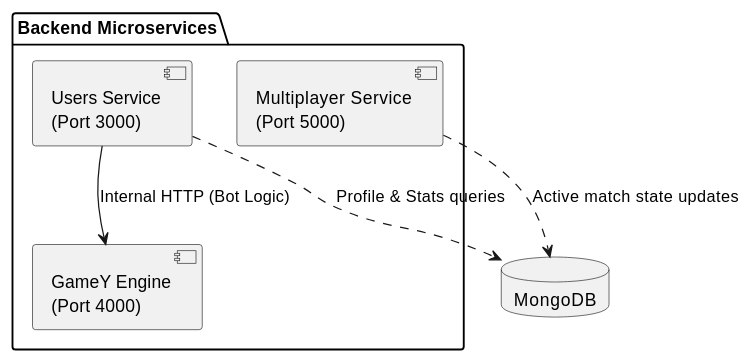
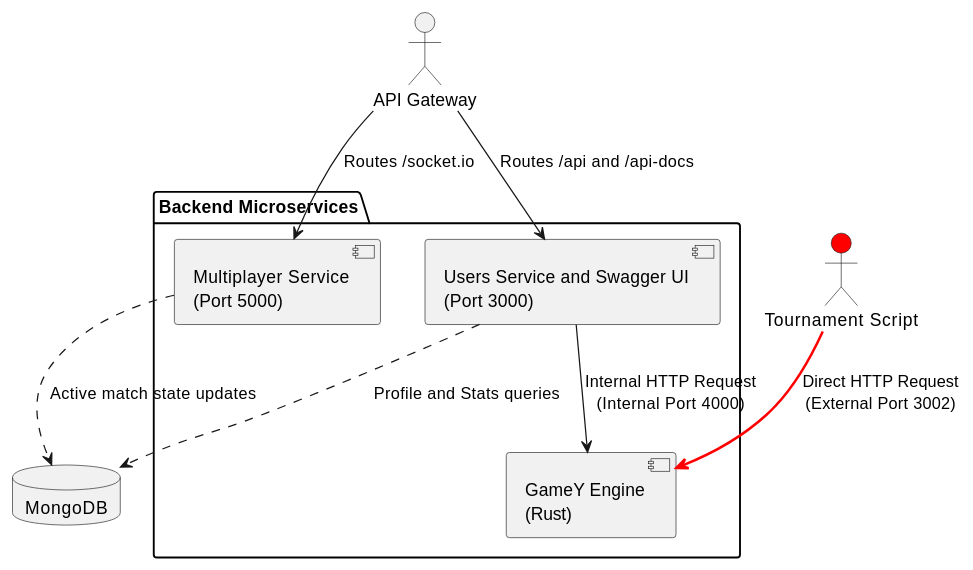
Before and after one commit to Arquisoft/yovi_es1a: the second of 2 diagrams in docs/src/05_building_block_view.adoc, drawn with PlantUML. The commit also changed other lines of this file, not shown here.

```diff
--- a/docs/src/05_building_block_view.adoc
+++ b/docs/src/05_building_block_view.adoc
@@ -56,16 +58,23 @@
 [plantuml]
 ----
 @startuml
+actor "API Gateway" as gateway
+actor "Tournament Script" as tourney #Red
+
 package "Backend Microservices" {
-    component "Users Service\n(Port 3000)" as users
+    component "Users Service and Swagger UI\n(Port 3000)" as users
     component "Multiplayer Service\n(Port 5000)" as multi
-    component "GameY Engine\n(Port 4000)" as gamey
+    component "GameY Engine\n(Rust)" as gamey
 }
 
 database "MongoDB" as db
 
-users --> gamey : Internal HTTP (Bot Logic)
-users ..> db : Profile & Stats queries
+gateway --> users : Routes /api and /api-docs
+gateway --> multi : Routes /socket.io
+tourney -[#red,bold]-> gamey : Direct HTTP Request\n(External Port 3002)
+
+users --> gamey : Internal HTTP Request\n(Internal Port 4000)
+users ..> db : Profile and Stats queries
 multi ..> db : Active match state updates
 @enduml
 ----
```
